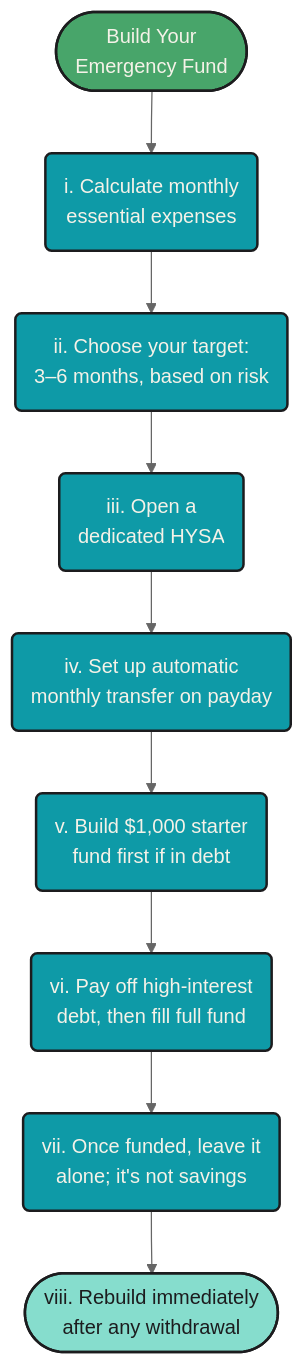
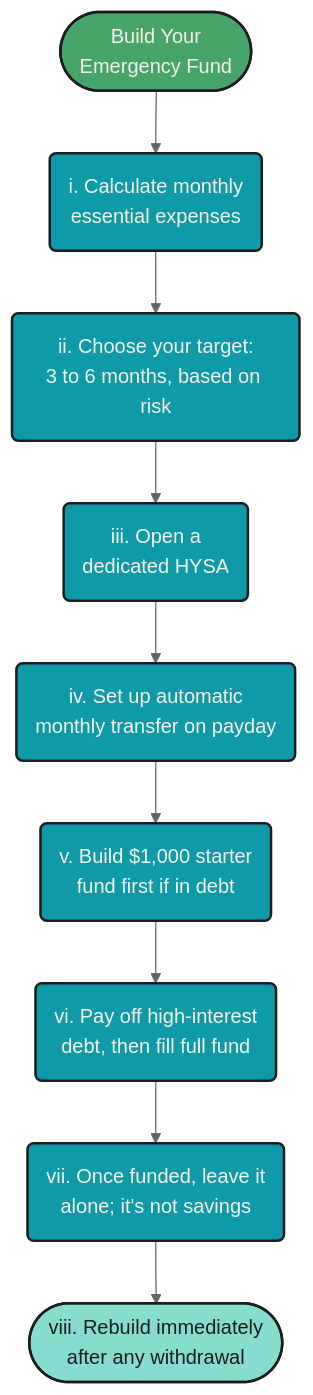
The fifth of 5 diagrams in emergency_fund.qmd (mjfrigaard/fm-finance), drawn with Mermaid before and after one commit. The commit also changed other lines of this file and 22 other files, not shown here.

````diff
--- a/emergency_fund.qmd
+++ b/emergency_fund.qmd
@@ -621,24 +635,24 @@
 ```{mermaid}
 %%| fig-cap: 'Build Your Emergency Fund'
 %%| fig-align: center
 %%{init: {'theme': 'neutral', 'themeVariables': { 'fontFamily': 'monospace', "darkMode":false, "fontSize":"16px"}}}%%
 
 flowchart TD
     Start(["Build Your<br>Emergency Fund"]) --> Step1("i. Calculate monthly<br>essential expenses")
-    Step1 --> Step2("ii. Choose your target:<br>3–6 months, based on risk")
+    Step1 --> Step2("ii. Choose your target:<br>3 to 6 months, based on risk")
     Step2 --> Step3("iii. Open a<br>dedicated HYSA")
     Step3 --> Step4("iv. Set up automatic<br>monthly transfer on payday")
     Step4 --> Step5("v. Build $1,000 starter<br>fund first if in debt")
     Step5 --> Step6("vi. Pay off high-interest<br>debt, then fill full fund")
     Step6 --> Step7("vii. Once funded, leave it<br>alone; it's not savings")
     Step7 --> Step8(["viii. Rebuild immediately<br>after any withdrawal"])
     style Start fill:#48a56a,color:#F5F2E8,stroke:#1C1C1E,stroke-width:2px
     style Step1 fill:#0e9aa7,color:#F5F2E8,stroke:#1C1C1E,stroke-width:2px
     style Step2 fill:#0e9aa7,color:#F5F2E8,stroke:#1C1C1E,stroke-width:2px
     style Step3 fill:#0e9aa7,color:#F5F2E8,stroke:#1C1C1E,stroke-width:2px
     style Step4 fill:#0e9aa7,color:#F5F2E8,stroke:#1C1C1E,stroke-width:2px
     style Step5 fill:#0e9aa7,color:#F5F2E8,stroke:#1C1C1E,stroke-width:2px
     style Step6 fill:#0e9aa7,color:#F5F2E8,stroke:#1C1C1E,stroke-width:2px
     style Step7 fill:#0e9aa7,color:#F5F2E8,stroke:#1C1C1E,stroke-width:2px
     style Step8 fill:#86ddcd,color:#1C1C1E,stroke:#1C1C1E,stroke-width:2px
 ```
````
